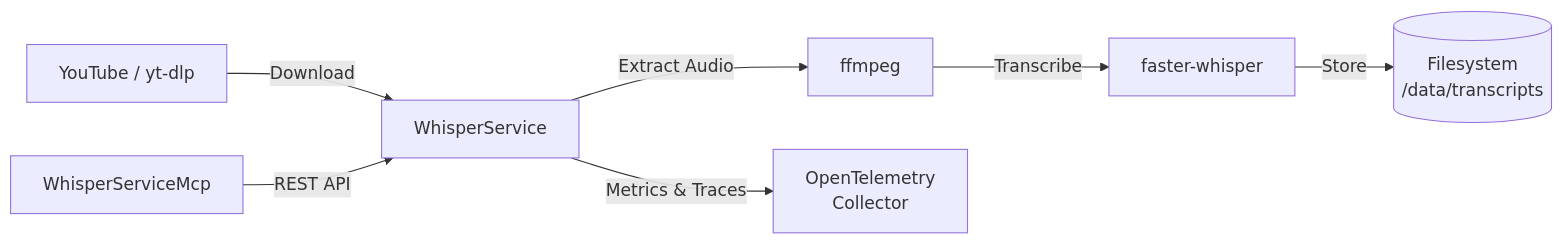
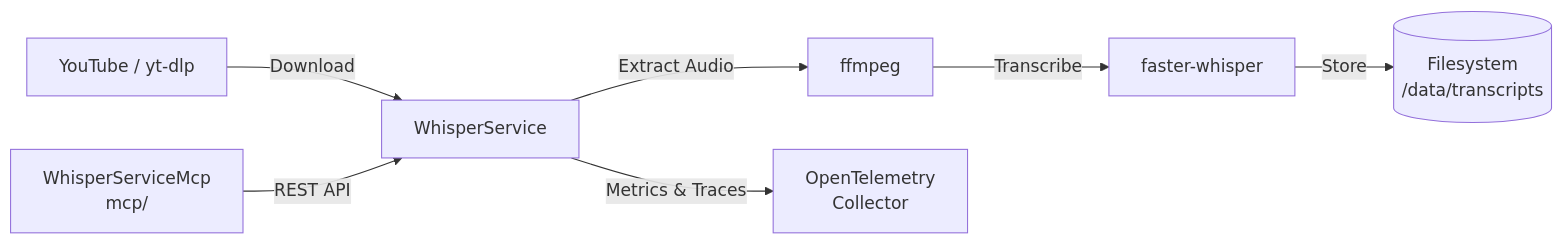
Before and after one commit to jpansarasa/ATLAS-Docs: the diagram in WhisperService/README.md, drawn with Mermaid. The commit also changed other lines of this file and 4 other files, not shown here.

````diff
--- a/WhisperService/README.md
+++ b/WhisperService/README.md
@@ -11,9 +11,9 @@
 ```mermaid
 flowchart LR
     YT[YouTube / yt-dlp] -->|Download| WS[WhisperService]
     WS -->|Extract Audio| FFmpeg[ffmpeg]
     FFmpeg -->|Transcribe| Whisper[faster-whisper]
     Whisper -->|Store| FS[(Filesystem<br/>/data/transcripts)]
     WS -->|Metrics & Traces| OTEL[OpenTelemetry<br/>Collector]
-    MCP[WhisperServiceMcp] -->|REST API| WS
+    MCP[WhisperServiceMcp<br/>mcp/] -->|REST API| WS
 ```
````
